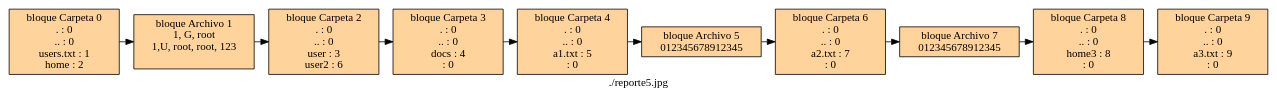
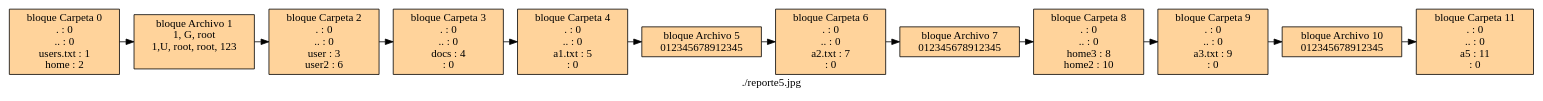
The diagram in Reportblo.dot (JoseMore99/-MIA-Proyecto1_201701015), drawn with Graphviz before and after one commit. The commit also changed 20 other files, not shown here.

```diff
--- a/Reportblo.dot
+++ b/Reportblo.dot
@@ -1,17 +1,19 @@
 digraph G {
  label="./reporte5.jpg"
 node [shape=box fillcolor="burlywood1" style="filled"]
 node0[label="bloque Carpeta 0\n. : 0\n.. : 0\nusers.txt : 1\nhome : 2\n"];
 node1[label="bloque Archivo 1\n1, G, root
 1,U, root, root, 123
 \n"];
 node2[label="bloque Carpeta 2\n. : 0\n.. : 0\nuser : 3\nuser2 : 6\n"];
 node3[label="bloque Carpeta 3\n. : 0\n.. : 0\ndocs : 4\n : 0\n"];
 node4[label="bloque Carpeta 4\n. : 0\n.. : 0\na1.txt : 5\n : 0\n"];
 node5[label="bloque Archivo 5\n012345678912345\n"];
 node6[label="bloque Carpeta 6\n. : 0\n.. : 0\na2.txt : 7\n : 0\n"];
 node7[label="bloque Archivo 7\n012345678912345\n"];
-node8[label="bloque Carpeta 8\n. : 0\n.. : 0\nhome3 : 8\n : 0\n"];
+node8[label="bloque Carpeta 8\n. : 0\n.. : 0\nhome3 : 8\nhome2 : 10\n"];
 node9[label="bloque Carpeta 9\n. : 0\n.. : 0\na3.txt : 9\n : 0\n"];
-rank=same{node0->node1->node2->node3->node4->node5->node6->node7->node8->node9}
+node10[label="bloque Archivo 10\n012345678912345\n"];
+node11[label="bloque Carpeta 11\n. : 0\n.. : 0\na5 : 11\n : 0\n"];
+rank=same{node0->node1->node2->node3->node4->node5->node6->node7->node8->node9->node10->node11}
 }
```
